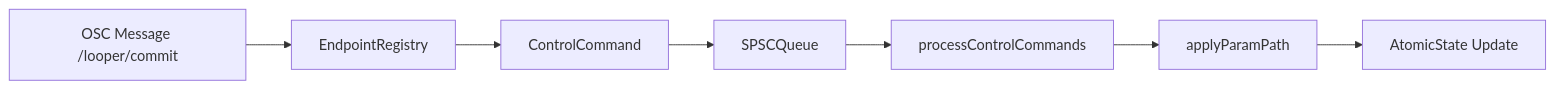
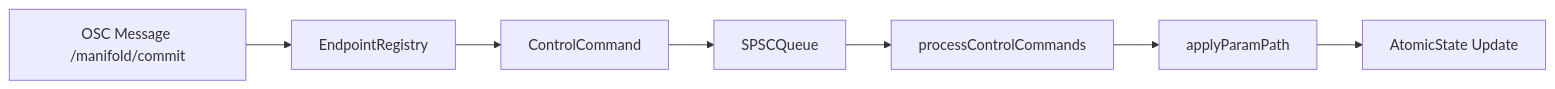
One commit to themarcnet/manifold changed the fourth of 6 diagrams in README.md. Above: the diagram before and after it, drawn with Mermaid. The commit also changed other lines of this file and 1 other file, not shown here.

Commit message:
docs: update AGENTS.md and README for Manifold rename

````diff
--- a/README.md
+++ b/README.md
@@ -176,9 +178,9 @@
 ```mermaid
 flowchart LR
-    A[OSC Message /looper/commit] --> B[EndpointRegistry]
+    A[OSC Message /manifold/commit] --> B[EndpointRegistry]
     B --> C[ControlCommand]
     C --> D[SPSCQueue]
     D --> E[processControlCommands]
     E --> F[applyParamPath]
     F --> G[AtomicState Update]
 ```
````
